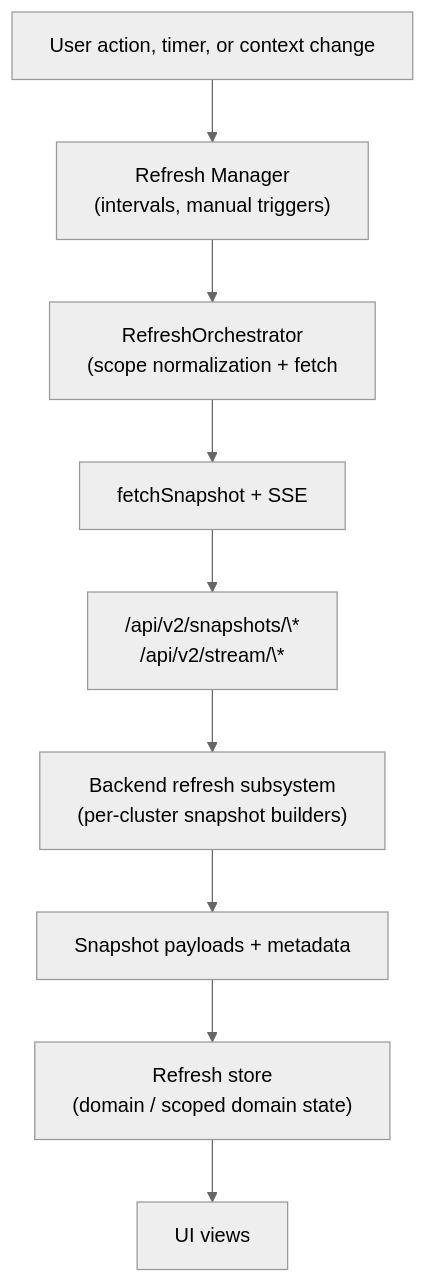
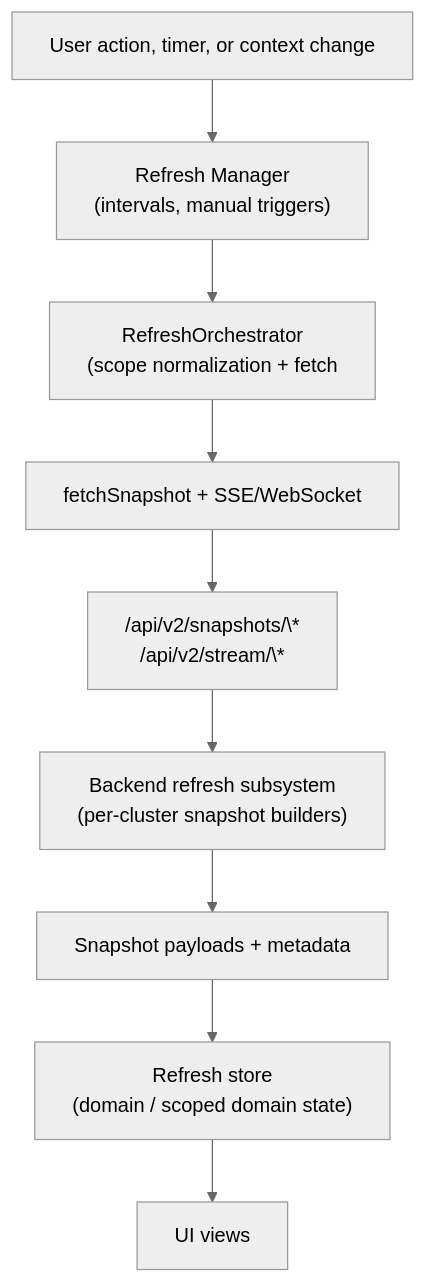
The diagram in docs/development/data-refresh-system.md (luxury-yacht/app), drawn with Mermaid before and after one commit. The commit also changed other lines of this file and 13 other files, not shown here.

````diff
--- a/docs/development/data-refresh-system.md
+++ b/docs/development/data-refresh-system.md
@@ -126,22 +137,22 @@
 ```mermaid
 %%{ init: {
     "theme": "neutral",
     "themeVariables": { "wrap": "false" },
     "flowchart": { "wrappingWidth": "600" }
 }}%%
 flowchart TD
     A["`User action, timer, or context change`"]
     --> B["Refresh Manager
           (intervals, manual triggers)"]
     --> C["RefreshOrchestrator
           (scope normalization + fetch"]
-    --> D["fetchSnapshot + SSE"]
+    --> D["fetchSnapshot + SSE/WebSocket"]
     --> E["/api/v2/snapshots/\*
           /api/v2/stream/\*"]
     --> F["Backend refresh subsystem
           (per-cluster snapshot builders)"]
     --> G["Snapshot payloads + metadata"]
     --> H["Refresh store
           (domain / scoped domain state)"]
     --> I["UI views"]
 ```
````
